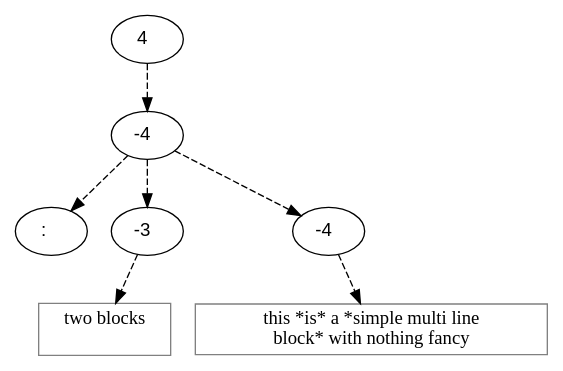
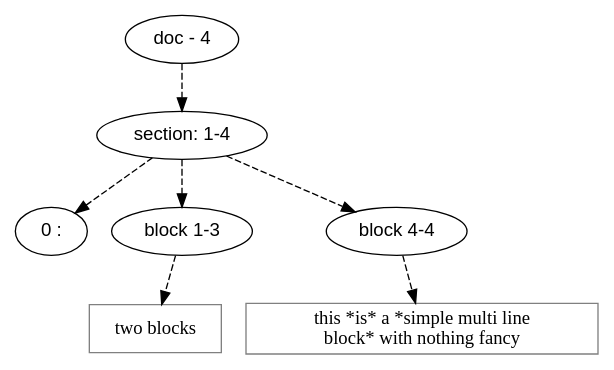
The diagram in orb/dot/samples/multi-line-bold.gm.dot (mnemnion/orb), drawn with Graphviz before and after one commit. The commit also changed 114 other files, not shown here.

```diff
--- a/orb/dot/samples/multi-line-bold.gm.dot
+++ b/orb/dot/samples/multi-line-bold.gm.dot
@@ -1,29 +1,34 @@
 digraph hierarchy {
 
 node [fontname=Helvetica]
 edge [style=dashed]
 
-doc_0 [label=" 4  "]
+doc_0 [label="doc - 4"]
+
 
 doc_0 -> { section_1}
 {rank=same; section_1}
 
-section_1 [label="-4  "]
+section_1 [label="section: 1-4"]
+
 
 section_1 -> { header_2 block_3 block_4}
 {rank=same; header_2 block_3 block_4}
 
-header_2 [label=":   "]
-block_3 [label="-3  "]
-block_4 [label="-4  "]
+header_2 [label="0 : "]
+
+block_3 [label="block 1-3"]
+
+block_4 [label="block 4-4"]
+
 
 
 block_3 -> leaf_5
 leaf_5  [color=Gray,shape=rectangle,fontname=Inconsolata,label="two blocks
+"]
 
-"]
 block_4 -> leaf_6
 leaf_6  [color=Gray,shape=rectangle,fontname=Inconsolata,label="this *is* a *simple multi line
-block* with nothing fancy
-"]
+block* with nothing fancy"]
+
 }
```
